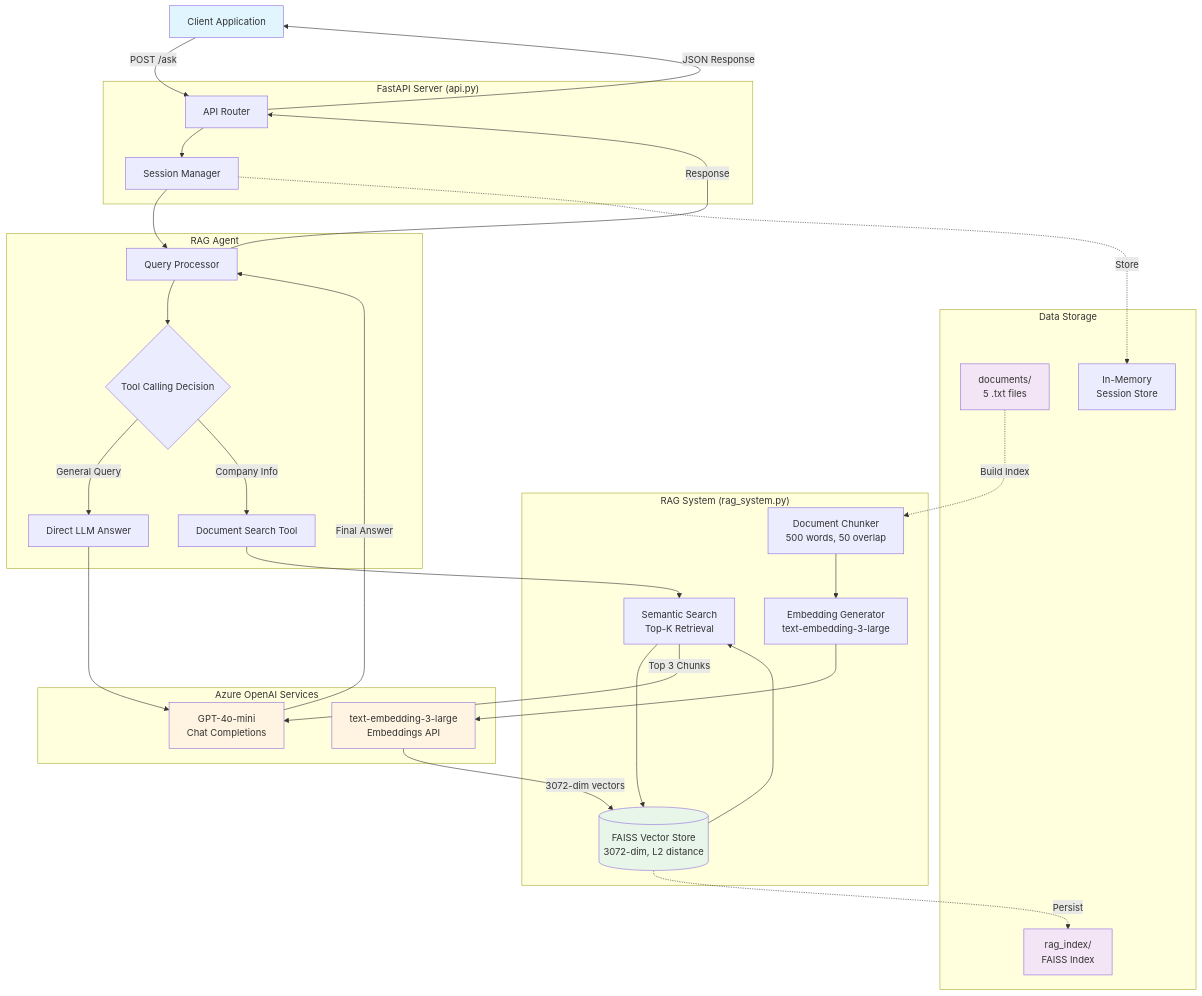
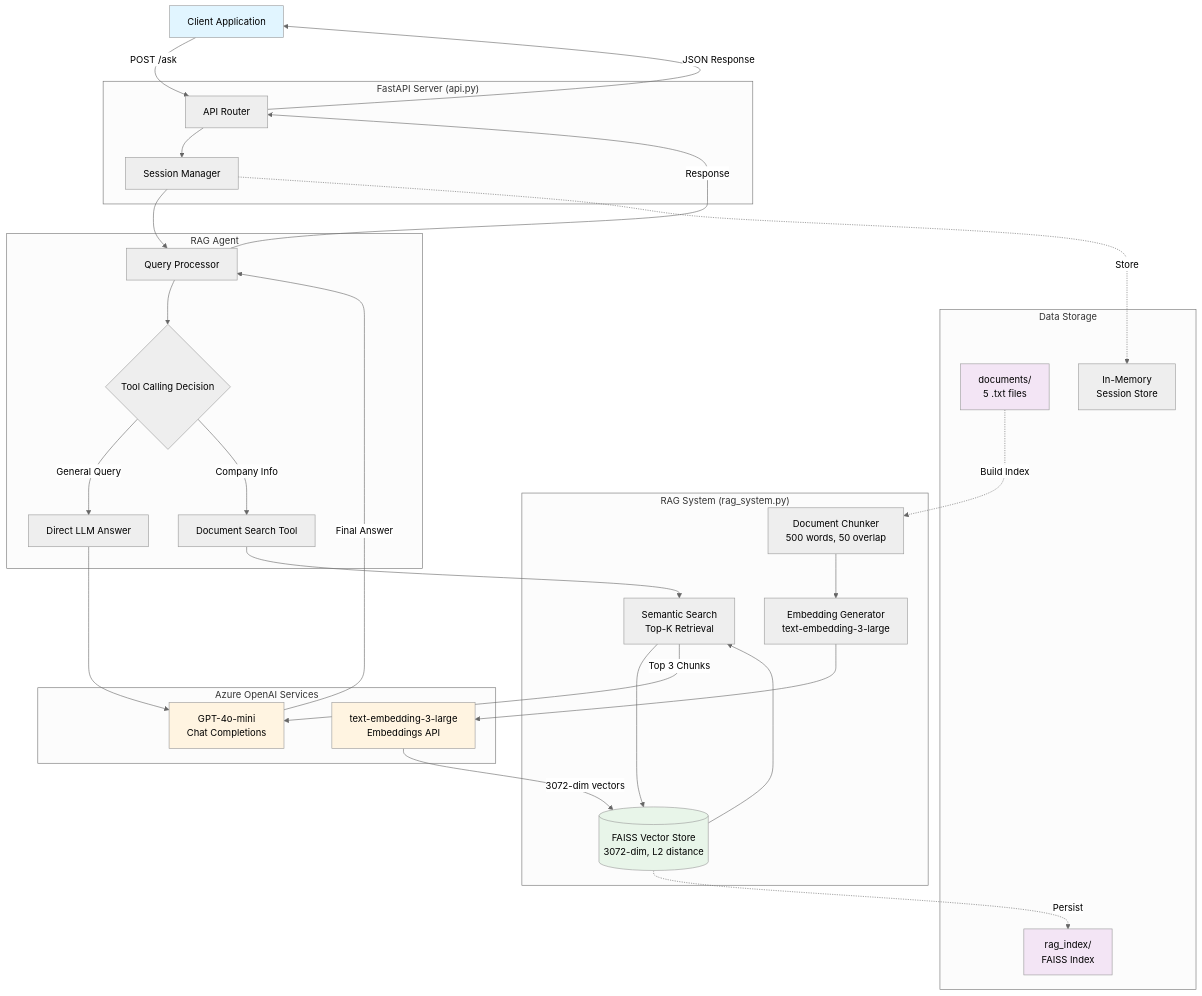
One commit to I-am-sayantan/Ai-Support-Agent changed the first of 3 diagrams in README.md. Above: the diagram before and after it, drawn with Mermaid. The commit also changed other lines of this file, not shown here.

Commit message:
Revise architecture section in README.md to include detailed system and data flow diagrams for improved clarity

````diff
--- a/README.md
+++ b/README.md
@@ -24,68 +141,69 @@
 ```mermaid
+%%{init: {'theme':'neutral'}}%%
 graph TB
     Client[Client Application]
-    
+
     subgraph FastAPI["FastAPI Server (api.py)"]
         Router[API Router]
         SessionMgr[Session Manager]
     end
-    
+
     subgraph Agent["RAG Agent"]
         QueryProcessor[Query Processor]
         ToolDecision{Tool Calling Decision}
         DirectAnswer[Direct LLM Answer]
         DocSearch[Document Search Tool]
     end
-    
+
     subgraph RAGSystem["RAG System (rag_system.py)"]
         Chunker[Document Chunker<br/>500 words, 50 overlap]
         Embedder[Embedding Generator<br/>text-embedding-3-large]
         FAISS[(FAISS Vector Store<br/>3072-dim, L2 distance)]
         SearchEngine[Semantic Search<br/>Top-K Retrieval]
     end
-    
+
     subgraph Azure["Azure OpenAI Services"]
         ChatGPT[GPT-4o-mini<br/>Chat Completions]
         EmbedAPI[text-embedding-3-large<br/>Embeddings API]
     end
-    
+
     subgraph Storage["Data Storage"]
         Docs[documents/<br/>5 .txt files]
         Index[rag_index/<br/>FAISS Index]
         Sessions[In-Memory<br/>Session Store]
     end
-    
+
     Client -->|POST /ask| Router
     Router --> SessionMgr
     SessionMgr --> QueryProcessor
     QueryProcessor --> ToolDecision
-    
+
     ToolDecision -->|General Query| DirectAnswer
     ToolDecision -->|Company Info| DocSearch
-    
+
     DirectAnswer --> ChatGPT
     DocSearch --> SearchEngine
-    
+
     SearchEngine --> FAISS
     FAISS --> SearchEngine
     SearchEngine -->|Top 3 Chunks| ChatGPT
-    
+
     ChatGPT -->|Final Answer| QueryProcessor
     QueryProcessor -->|Response| Router
     Router -->|JSON Response| Client
-    
+
     Docs -.->|Build Index| Chunker
     Chunker --> Embedder
     Embedder --> EmbedAPI
     EmbedAPI -->|3072-dim vectors| FAISS
     FAISS -.->|Persist| Index
-    
+
     SessionMgr -.->|Store| Sessions
-    
+
     style Client fill:#e1f5ff
     style ChatGPT fill:#fff4e1
     style EmbedAPI fill:#fff4e1
     style FAISS fill:#e8f5e9
     style Docs fill:#f3e5f5
     style Index fill:#f3e5f5
 ```
````
